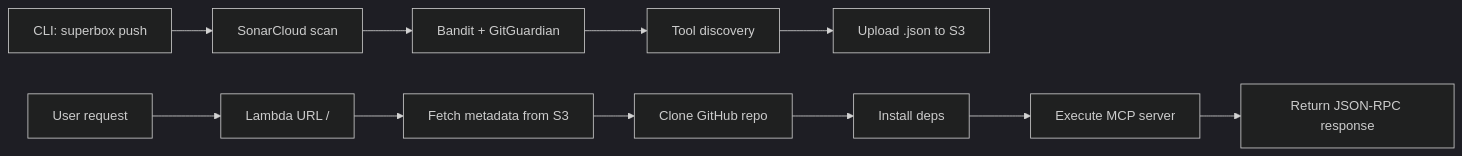
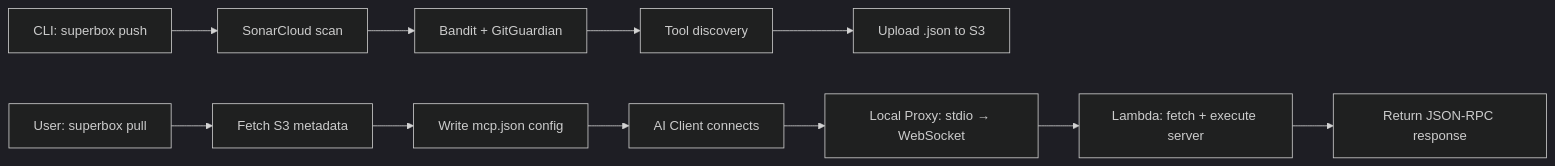
The diagram in docs/backend/overview.mdx (areebahmeddd/SuperBox-FE), drawn with Mermaid (dark theme) before and after one commit. The commit also changed other lines of this file and 33 other files, not shown here.

````diff
--- a/docs/backend/overview.mdx
+++ b/docs/backend/overview.mdx
@@ -100,14 +101,14 @@
 ```mermaid
 graph LR
     A["CLI: superbox push"] --> B["SonarCloud scan"]
     B --> C["Bandit + GitGuardian"]
     C --> D["Tool discovery"]
     D --> E["Upload <server>.json to S3"]
 
-    F["User request"] --> G["Lambda URL /<server>"]
-    G --> H["Fetch metadata from S3"]
-    H --> I["Clone GitHub repo"]
-    I --> J["Install deps"]
-    J --> K["Execute MCP server"]
+    F["User: superbox pull"] --> G["Fetch S3 metadata"]
+    G --> H["Write mcp.json config"]
+    H --> I["AI Client connects"]
+    I --> J["Local Proxy: stdio → WebSocket"]
+    J --> K["Lambda: fetch + execute server"]
     K --> L["Return JSON-RPC response"]
 ```
````
